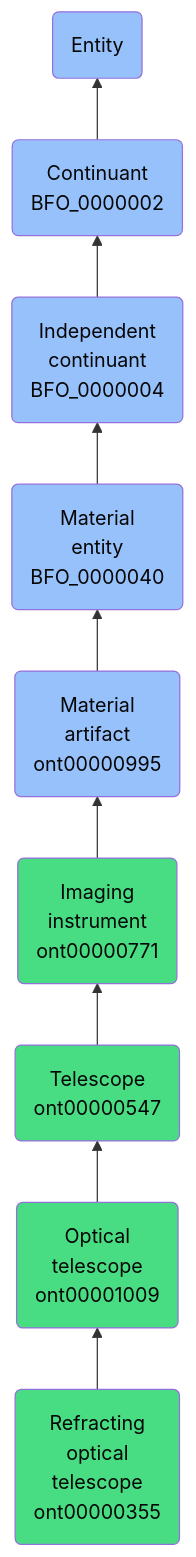
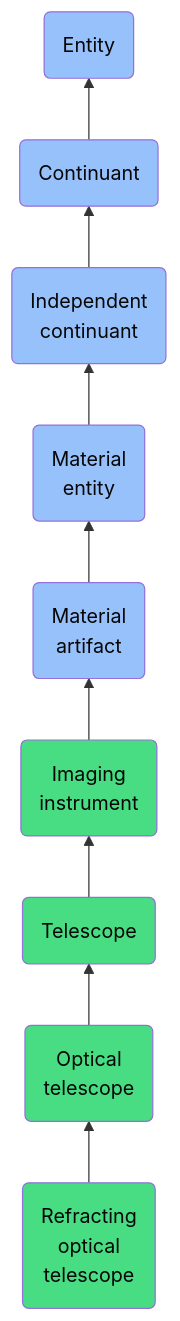
Before and after one commit to jupyter-naas/abi: the diagram in docs/ontology/reference/model/Entity/Continuant/Independent continuant/Material entity/Material artifact/Imaging instrument/Telescope/Optical telescope/Refracting optical telescope/Refracting optical telescope.md, drawn with Mermaid. The commit also changed other lines of this file and 1430 other files, not shown here.

````diff
--- a/docs/ontology/reference/model/Entity/Continuant/Independent continuant/Material entity/Material artifact/Imaging instrument/Telescope/Optical telescope/Refracting optical telescope/Refracting optical telescope.md
+++ b/docs/ontology/reference/model/Entity/Continuant/Independent continuant/Material entity/Material artifact/Imaging instrument/Telescope/Optical telescope/Refracting optical telescope/Refracting optical telescope.md
@@ -25,16 +25,16 @@
 ```mermaid
 graph BT
-    ont00000355(Refracting<br>optical<br>telescope<br>ont00000355):::ABI-->ont00001009
-    ont00001009(Optical<br>telescope<br>ont00001009):::ABI-->ont00000547
-    ont00000547(Telescope<br>ont00000547):::ABI-->ont00000771
-    ont00000771(Imaging<br>instrument<br>ont00000771):::ABI-->ont00000995
-    ont00000995(Material<br>artifact<br>ont00000995):::BFO-->BFO_0000040
-    BFO_0000040(Material<br>entity<br>BFO_0000040):::BFO-->BFO_0000004
-    BFO_0000004(Independent<br>continuant<br>BFO_0000004):::BFO-->BFO_0000002
-    BFO_0000002(Continuant<br>BFO_0000002):::BFO-->BFO_0000001
+    ont00000355(Refracting<br>optical<br>telescope):::ABI-->ont00001009
+    ont00001009(Optical<br>telescope):::ABI-->ont00000547
+    ont00000547(Telescope):::ABI-->ont00000771
+    ont00000771(Imaging<br>instrument):::ABI-->ont00000995
+    ont00000995(Material<br>artifact):::BFO-->BFO_0000040
+    BFO_0000040(Material<br>entity):::BFO-->BFO_0000004
+    BFO_0000004(Independent<br>continuant):::BFO-->BFO_0000002
+    BFO_0000002(Continuant):::BFO-->BFO_0000001
     BFO_0000001(Entity):::BFO
     
     classDef BFO fill:#97c1fb,color:#060606
     classDef CCO fill:#e4c51e,color:#060606
     classDef ABI fill:#48DD82,color:#060606
 ```
````
